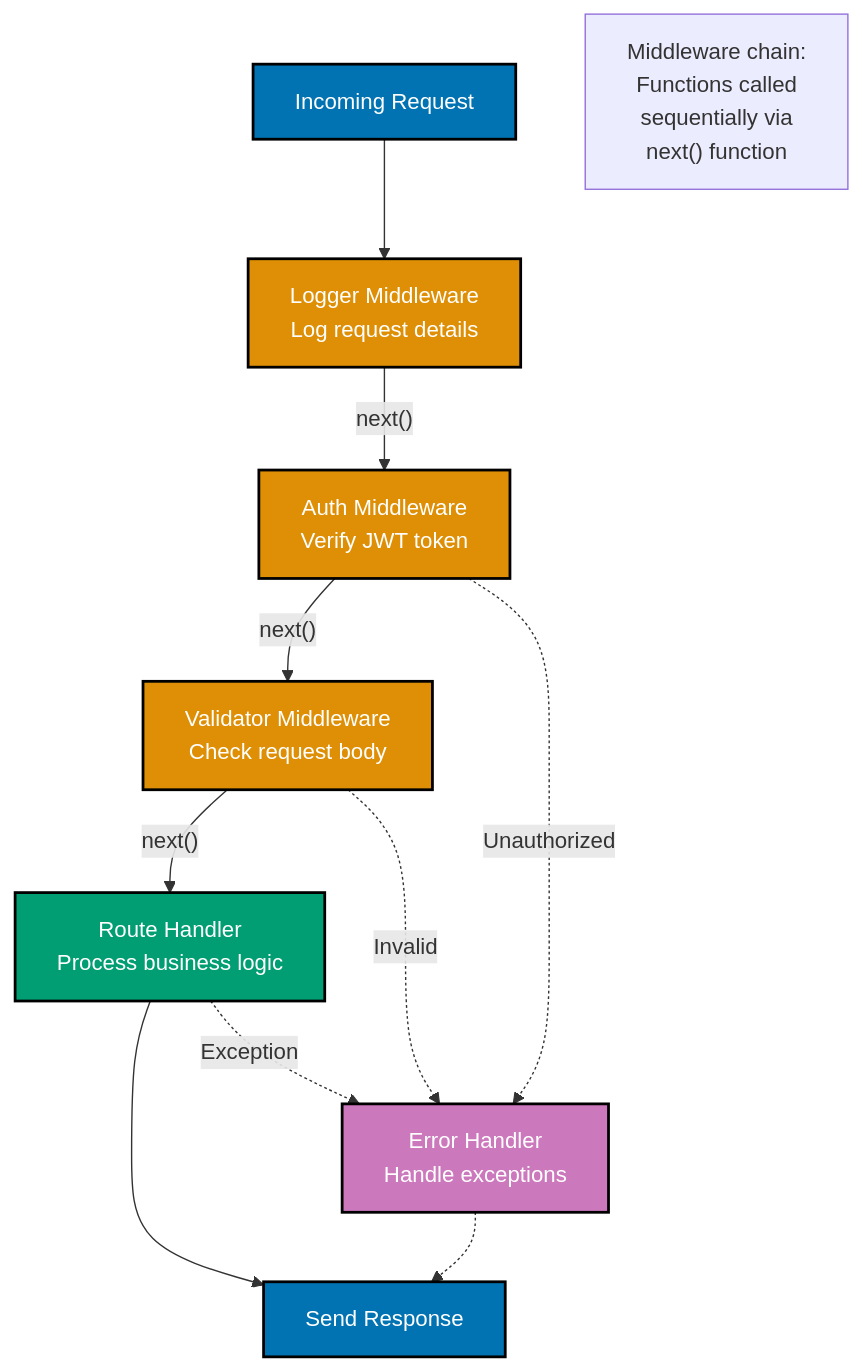
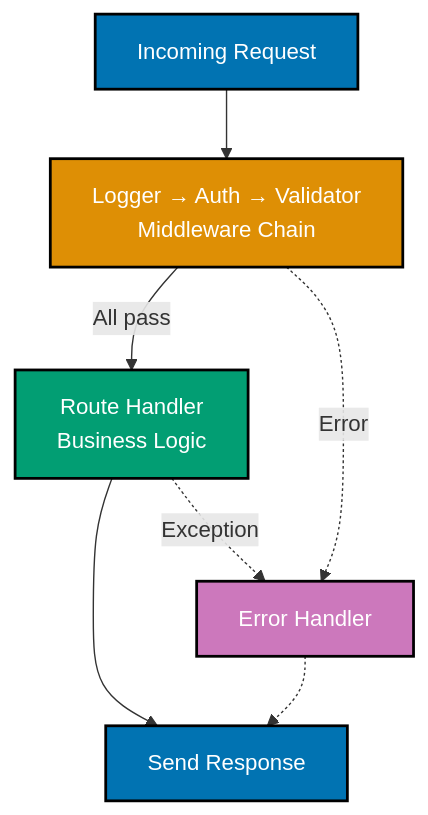
One commit to wahidyankf/ose-primer changed the second of 6 diagrams in docs/explanation/software-engineering/programming-languages/typescript/web-services.md. Above: the diagram before and after it, drawn with Mermaid. The commit also changed other lines of this file and 16 other files, not shown here.

Commit message:
fix(docs): fix mermaid violations in typescript/ docs (batch 1/10)

````diff
--- a/docs/explanation/software-engineering/programming-languages/typescript/web-services.md
+++ b/docs/explanation/software-engineering/programming-languages/typescript/web-services.md
@@ -200,29 +200,22 @@
 ```mermaid
 %% Color Palette: Blue #0173B2, Orange #DE8F05, Teal #029E73, Purple #CC78BC, Brown #CA9161
 graph TD
     Request["Incoming Request"]:::blue
-    Logger["Logger Middleware<br/>Log request details"]:::orange
-    Auth["Auth Middleware<br/>Verify JWT token"]:::orange
-    Validator["Validator Middleware<br/>Check request body"]:::orange
-    Handler["Route Handler<br/>Process business logic"]:::teal
+    Middlewares["Logger → Auth → Validator<br/>Middleware Chain"]:::orange
+    Handler["Route Handler<br/>Business Logic"]:::teal
     Response["Send Response"]:::blue
-    Error["Error Handler<br/>Handle exceptions"]:::purple
+    Error["Error Handler"]:::purple
 
-    Request --> Logger
-    Logger -->|next#40;#41;| Auth
-    Auth -->|next#40;#41;| Validator
-    Validator -->|next#40;#41;| Handler
+    Request --> Middlewares
+    Middlewares -->|All pass| Handler
     Handler --> Response
 
-    Auth -.->|Unauthorized| Error
-    Validator -.->|Invalid| Error
+    Middlewares -.->|Error| Error
     Handler -.->|Exception| Error
     Error -.-> Response
-
-    Note1["Middleware chain:<br/>Functions called<br/>sequentially via<br/>next#40;#41; function"]
 
     classDef blue fill:#0173B2,stroke:#000000,color:#FFFFFF,stroke-width:2px
     classDef orange fill:#DE8F05,stroke:#000000,color:#FFFFFF,stroke-width:2px
     classDef teal fill:#029E73,stroke:#000000,color:#FFFFFF,stroke-width:2px
     classDef purple fill:#CC78BC,stroke:#000000,color:#FFFFFF,stroke-width:2px
 ```
````
